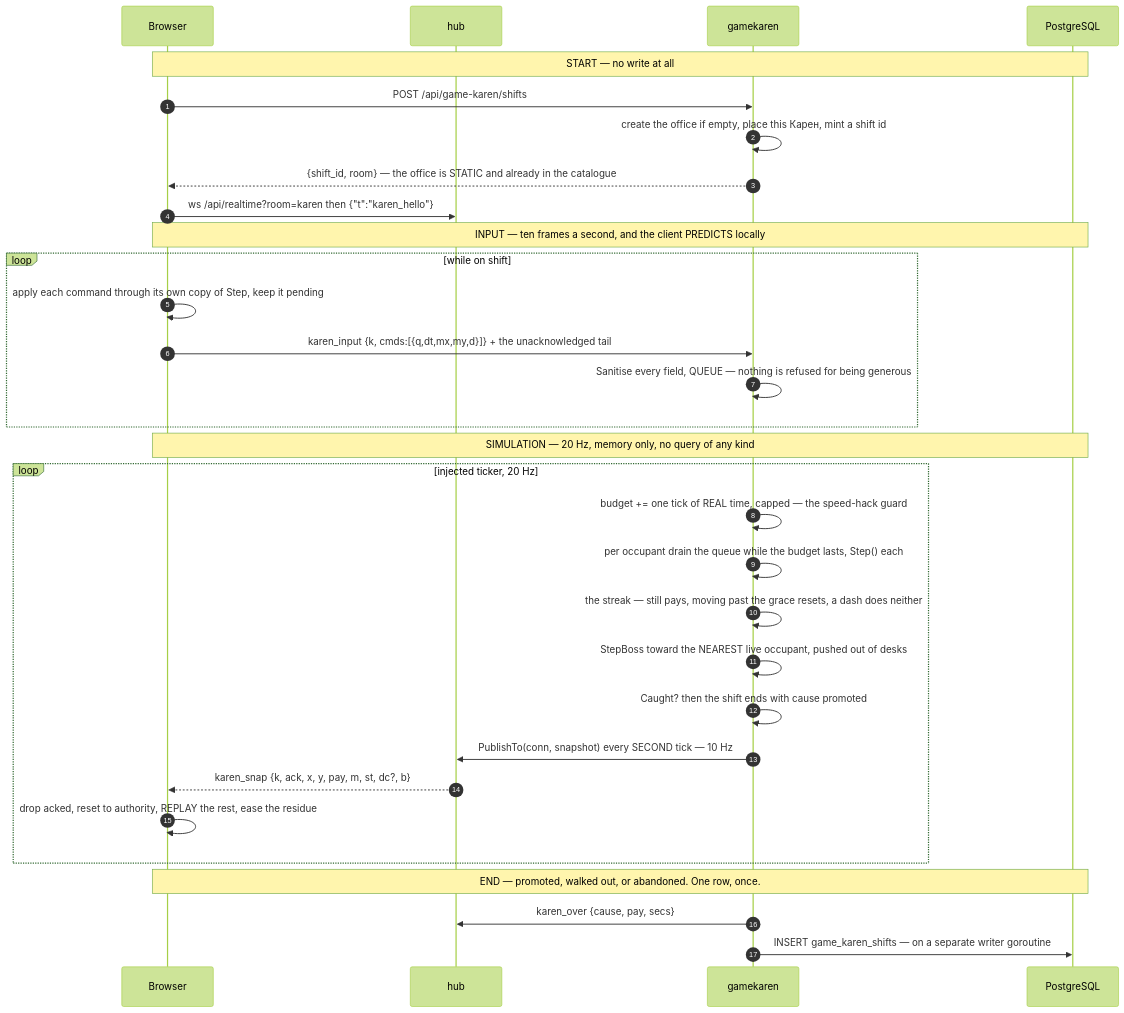
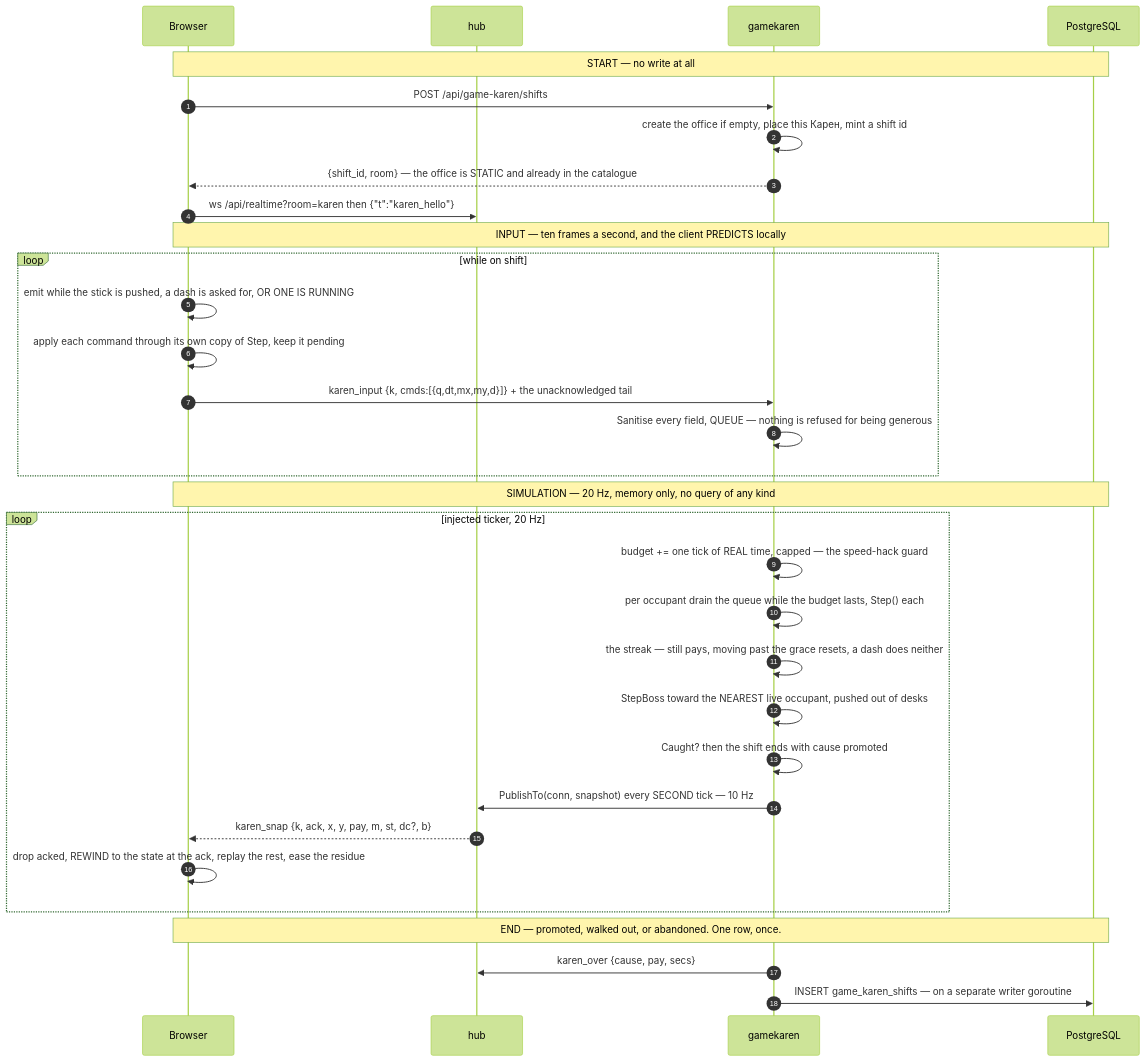
The ninth of 13 diagrams in docs/ARCHITECTURE.md (SergeyZSpb/psycho-space), drawn with Mermaid (forest theme) before and after one commit. The commit also changed other lines of this file and 7 other files, not shown here.

````diff
--- a/docs/ARCHITECTURE.md
+++ b/docs/ARCHITECTURE.md
@@ -375,37 +375,38 @@
 ```mermaid
 sequenceDiagram
     autonumber
     participant B as Browser
     participant H as hub
     participant G as gamekaren
     participant P as PostgreSQL
 
     Note over B,P: START — no write at all
     B->>G: POST /api/game-karen/shifts
     G->>G: create the office if empty, place this Карен, mint a shift id
     G-->>B: {shift_id, room} — the office is STATIC and already in the catalogue
     B->>H: ws /api/realtime?room=karen then {"t":"karen_hello"}
 
     Note over B,P: INPUT — ten frames a second, and the client PREDICTS locally
     loop while on shift
+        B->>B: emit while the stick is pushed, a dash is asked for, OR ONE IS RUNNING
         B->>B: apply each command through its own copy of Step, keep it pending
         B->>G: karen_input {k, cmds:[{q,dt,mx,my,d}]} + the unacknowledged tail
         G->>G: Sanitise every field, QUEUE — nothing is refused for being generous
     end
 
     Note over B,P: SIMULATION — 20 Hz, memory only, no query of any kind
     loop injected ticker, 20 Hz
         G->>G: budget += one tick of REAL time, capped — the speed-hack guard
         G->>G: per occupant drain the queue while the budget lasts, Step() each
         G->>G: the streak — still pays, moving past the grace resets, a dash does neither
         G->>G: StepBoss toward the NEAREST live occupant, pushed out of desks
         G->>G: Caught? then the shift ends with cause promoted
         G->>H: PublishTo(conn, snapshot) every SECOND tick — 10 Hz
         H-->>B: karen_snap {k, ack, x, y, pay, m, st, dc?, b}
-        B->>B: drop acked, reset to authority, REPLAY the rest, ease the residue
+        B->>B: drop acked, REWIND to the state at the ack, replay the rest, ease the residue
     end
 
     Note over B,P: END — promoted, walked out, or abandoned. One row, once.
     G->>H: karen_over {cause, pay, secs}
     G->>P: INSERT game_karen_shifts — on a separate writer goroutine
 ```
````
